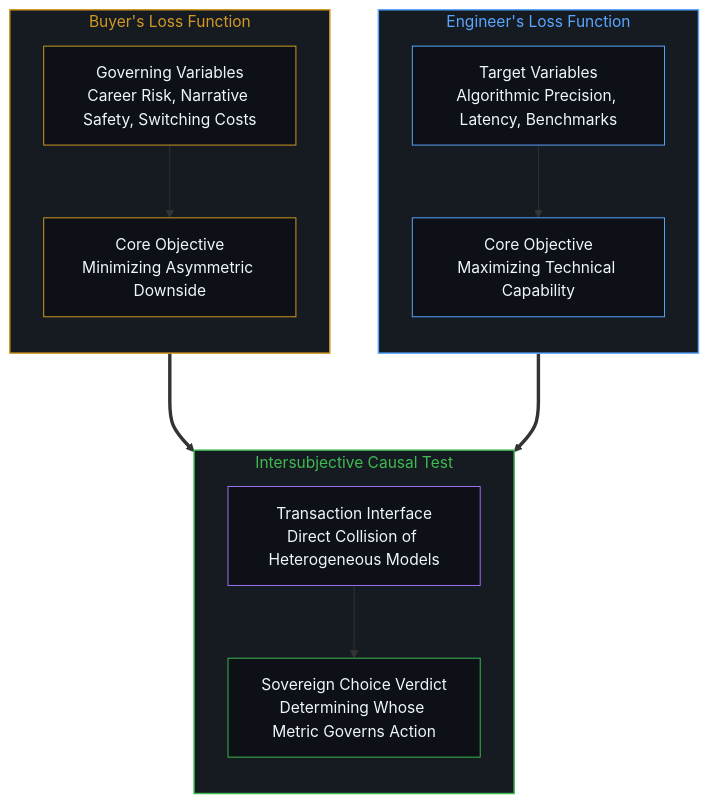
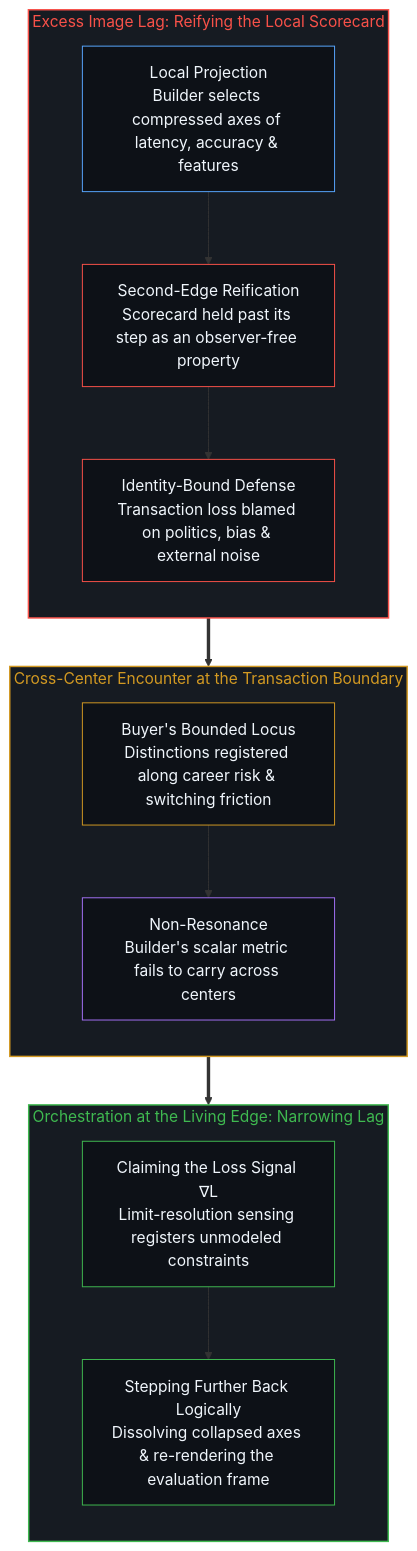
One commit to powerpig99/not-a-toe changed the second of 2 diagrams in content/posts/the-category-error-of-better.md. Above: the diagram before and after it, drawn with Mermaid. The commit also changed other lines of this file and 1 other file, not shown here.

Commit message:
Refine the-category-error-of-better (Wave 3 L2 #118: weave beyond-the-projection)

````diff
--- a/content/posts/the-category-error-of-better.md
+++ b/content/posts/the-category-error-of-better.md
@@ -134,36 +78,38 @@
 ```mermaid
-graph TD
-    subgraph S_ENG_LOSS["Engineer's Loss Function"]
+flowchart TD
+    subgraph S_Lag["Excess Image Lag: Reifying the Local Scorecard"]
         direction TB
-        N_ENG_VAR["Target Variables<br/>Algorithmic Precision, Latency, Benchmarks"]
-        N_ENG_OBJ["Core Objective<br/>Maximizing Technical Capability"]
-        N_ENG_VAR --> N_ENG_OBJ
+        N_Proj["Local Projection<br/>Builder selects compressed axes of latency, accuracy & features"]
+        N_Freeze["Second-Edge Reification<br/>Scorecard held past its step as an observer-free property"]
+        N_Defend["Identity-Bound Defense<br/>Transaction loss blamed on politics, bias & external noise"]
+        N_Proj --> N_Freeze --> N_Defend
     end
 
-    subgraph S_BUYER_LOSS["Buyer's Loss Function"]
+    subgraph S_Collision["Cross-Center Encounter at the Transaction Boundary"]
         direction TB
-        N_BUY_VAR["Governing Variables<br/>Career Risk, Narrative Safety, Switching Costs"]
-        N_BUY_OBJ["Core Objective<br/>Minimizing Asymmetric Downside"]
-        N_BUY_VAR --> N_BUY_OBJ
+        N_Buyer["Buyer's Bounded Locus<br/>Distinctions registered along career risk & switching friction"]
+        N_Mismatch["Non-Resonance<br/>Builder's scalar metric fails to carry across centers"]
+        N_Buyer --> N_Mismatch
     end
 
-    subgraph S_MARKET["Intersubjective Causal Test"]
+    subgraph S_Update["Orchestration at the Living Edge: Narrowing Lag"]
         direction TB
-        N_COLLISION["Transaction Interface<br/>Direct Collision of Heterogeneous Models"]
-        N_VERDICT["Sovereign Choice Verdict<br/>Determining Whose Metric Governs Action"]
-        N_COLLISION --> N_VERDICT
+        N_Claim["Claiming the Loss Signal ∇L<br/>Limit-resolution sensing registers unmodeled constraints"]
+        N_StepBack["Stepping Further Back Logically<br/>Dissolving collapsed axes & re-rendering the evaluation frame"]
+        N_Claim --> N_StepBack
     end
 
-    N_ENG_OBJ ===> N_COLLISION
-    N_BUY_OBJ ===> N_COLLISION
+    N_Defend ==> N_Buyer
+    N_Mismatch ==> N_Claim
 
-    style S_ENG_LOSS fill:#161b22,stroke:#58a6ff,stroke-width:1.5px,color:#58a6ff
-    style S_BUYER_LOSS fill:#161b22,stroke:#d29922,stroke-width:1.5px,color:#d29922
-    style S_MARKET fill:#161b22,stroke:#3fb950,stroke-width:1.5px,color:#3fb950
-    style N_ENG_VAR fill:#0d1117,stroke:#58a6ff,stroke-width:1px,color:#f0f6fc
-    style N_ENG_OBJ fill:#0d1117,stroke:#58a6ff,stroke-width:1px,color:#f0f6fc
-    style N_BUY_VAR fill:#0d1117,stroke:#d29922,stroke-width:1px,color:#f0f6fc
-    style N_BUY_OBJ fill:#0d1117,stroke:#d29922,stroke-width:1px,color:#f0f6fc
-    style N_COLLISION fill:#0d1117,stroke:#a371f7,stroke-width:1px,color:#f0f6fc
-    style N_VERDICT fill:#0d1117,stroke:#3fb950,stroke-width:1px,color:#f0f6fc
+    style S_Lag fill:#161b22,stroke:#f85149,stroke-width:1.5px,color:#f85149
+    style S_Collision fill:#161b22,stroke:#d29922,stroke-width:1.5px,color:#d29922
+    style S_Update fill:#161b22,stroke:#3fb950,stroke-width:1.5px,color:#3fb950
+    style N_Proj fill:#0d1117,stroke:#58a6ff,stroke-width:1px,color:#f0f6fc
+    style N_Freeze fill:#0d1117,stroke:#f85149,stroke-width:1px,color:#f0f6fc
+    style N_Defend fill:#0d1117,stroke:#f85149,stroke-width:1px,color:#f0f6fc
+    style N_Buyer fill:#0d1117,stroke:#d29922,stroke-width:1px,color:#f0f6fc
+    style N_Mismatch fill:#0d1117,stroke:#a371f7,stroke-width:1px,color:#f0f6fc
+    style N_Claim fill:#0d1117,stroke:#3fb950,stroke-width:1px,color:#f0f6fc
+    style N_StepBack fill:#0d1117,stroke:#3fb950,stroke-width:1px,color:#f0f6fc
 ```
````
